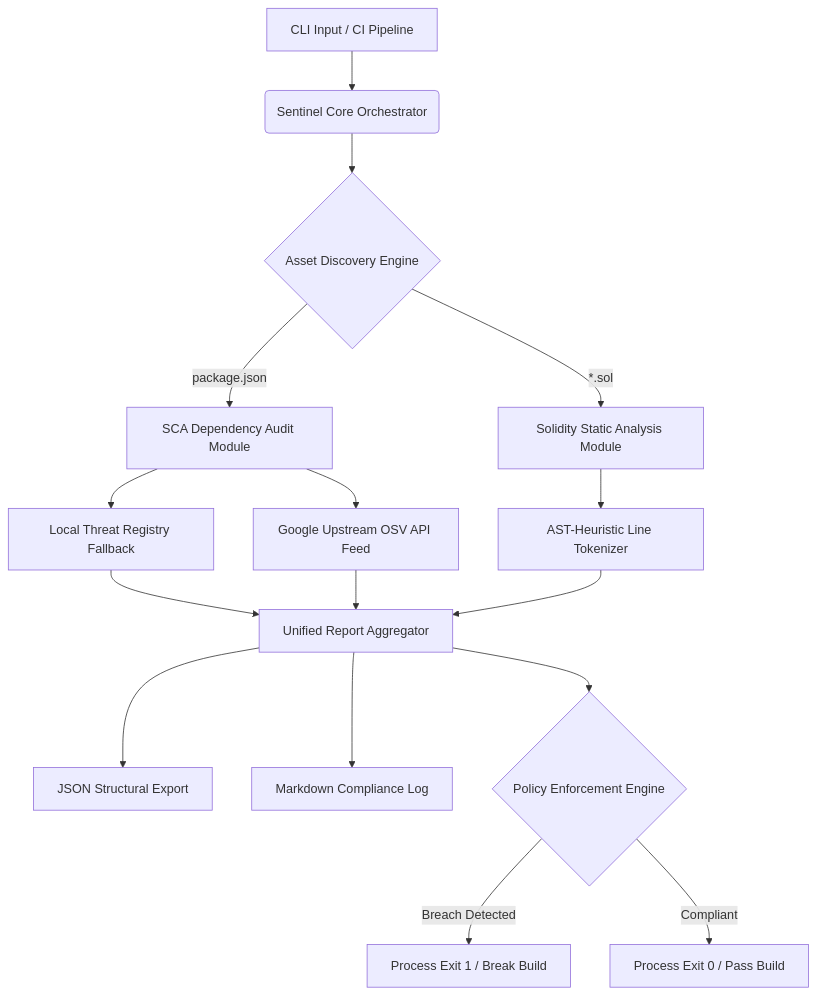
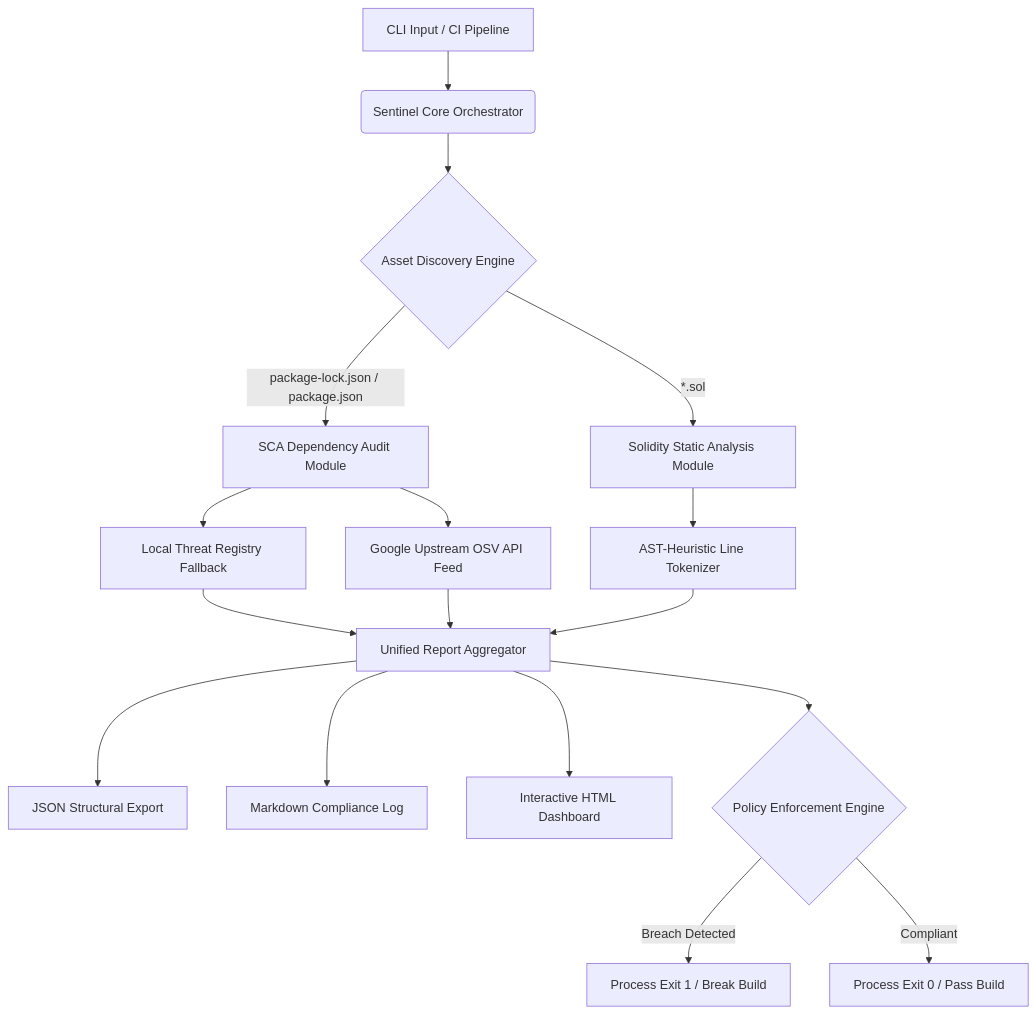
One commit to Kefmat/web3-guard-sentinel changed the first of 2 diagrams in README.md. Above: the diagram before and after it, drawn with Mermaid. The commit also changed other lines of this file and 3 other files, not shown here.

Commit message:
Documentation: Update README to specify transitive graph parsing, native CLI flags, and HTML dashboards

````diff
--- a/README.md
+++ b/README.md
@@ -11,23 +11,24 @@
 ```mermaid
 graph TD
     A[CLI Input / CI Pipeline] --> B(Sentinel Core Orchestrator)
     B --> C{Asset Discovery Engine}
-    C -->|package.json| D[SCA Dependency Audit Module]
+    C -->|package-lock.json / package.json| D[SCA Dependency Audit Module]
     C -->|*.sol| E[Solidity Static Analysis Module]
 
     D --> F[Local Threat Registry Fallback]
     D --> G[Google Upstream OSV API Feed]
 
     E --> H[AST-Heuristic Line Tokenizer]
 
     F --> I[Unified Report Aggregator]
     G --> I
     H --> I
 
     I --> J[JSON Structural Export]
     I --> K[Markdown Compliance Log]
+    I --> L[Interactive HTML Dashboard]
 
-    I --> L{Policy Enforcement Engine}
-    L -->|Breach Detected| M[Process Exit 1 / Break Build]
-    L -->|Compliant| N[Process Exit 0 / Pass Build]
+    I --> M{Policy Enforcement Engine}
+    M -->|Breach Detected| N[Process Exit 1 / Break Build]
+    M -->|Compliant| O[Process Exit 0 / Pass Build]
 ```
````
